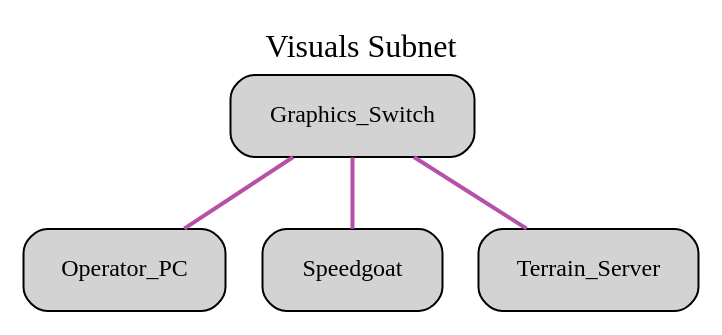
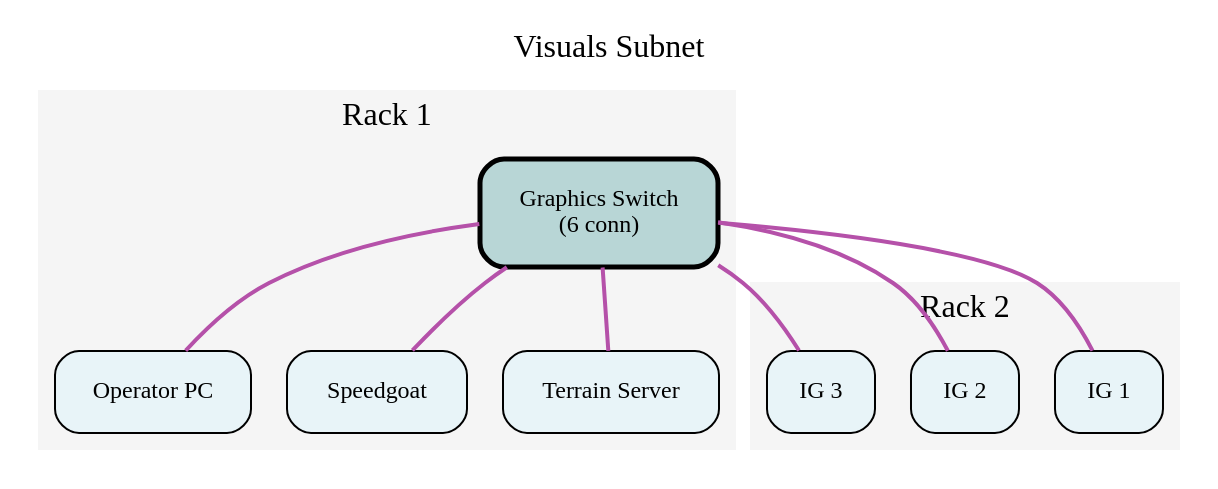
Before and after one commit to BenjiPestell/rack-diagram-demo: the diagram in output/visuals_subnet.dot, drawn with Graphviz. The commit also changed 5 other files, not shown here.

```diff
--- a/output/visuals_subnet.dot
+++ b/output/visuals_subnet.dot
@@ -1,40 +1,94 @@
 graph "Visuals Subnet" {
 
   graph [
     bgcolor="white",
     label="Visuals Subnet",
     labelloc=t,
     fontsize=16,
     fontname="Sinkin Sans 400 Regular",
     overlap=false,
     sep=0.5
   ];
 
   node [
     shape=box,
     style="rounded,filled",
     fontsize=12,
     fontname="Sinkin Sans 400 Regular",
     margin=0.2
   ];
 
   edge [
     color="#b551a9",
     style=solid,
     penwidth=2.0
   ];
 
   // Devices grouped by rack and external groups
 
+  subgraph cluster_rack1 {
+    label="Rack 1";
+    style=filled;
+    color="#F5F5F5";
+    fontname="Sinkin Sans 400 Regular";
+
+    "Graphics_Switch" [
+      label="Graphics Switch\n(6 conn)",
+      fillcolor="#B8D6D6",
+      penwidth=2.5
+    ];
+    "Operator_PC" [
+      label="Operator PC",
+      fillcolor="#E8F4F8"
+    ];
+    "Speedgoat" [
+      label="Speedgoat",
+      fillcolor="#E8F4F8"
+    ];
+    "Terrain_Server" [
+      label="Terrain Server",
+      fillcolor="#E8F4F8"
+    ];
+  }
+
+  subgraph cluster_rack2 {
+    label="Rack 2";
+    style=filled;
+    color="#F5F5F5";
+    fontname="Sinkin Sans 400 Regular";
+
+    "IG_1" [
+      label="IG 1",
+      fillcolor="#E8F4F8"
+    ];
+    "IG_2" [
+      label="IG 2",
+      fillcolor="#E8F4F8"
+    ];
+    "IG_3" [
+      label="IG 3",
+      fillcolor="#E8F4F8"
+    ];
+  }
+
   // Connections
   Graphics_Switch -- Operator_PC [
     color="#b551a9", style=solid, penwidth=2.0
   ];
   Graphics_Switch -- Speedgoat [
     color="#b551a9", style=solid, penwidth=2.0
   ];
   Graphics_Switch -- Terrain_Server [
     color="#b551a9", style=solid, penwidth=2.0
   ];
+  Graphics_Switch -- IG_1 [
+    color="#b551a9", style=solid, penwidth=2.0
+  ];
+  Graphics_Switch -- IG_2 [
+    color="#b551a9", style=solid, penwidth=2.0
+  ];
+  Graphics_Switch -- IG_3 [
+    color="#b551a9", style=solid, penwidth=2.0
+  ];
 
 }
```
